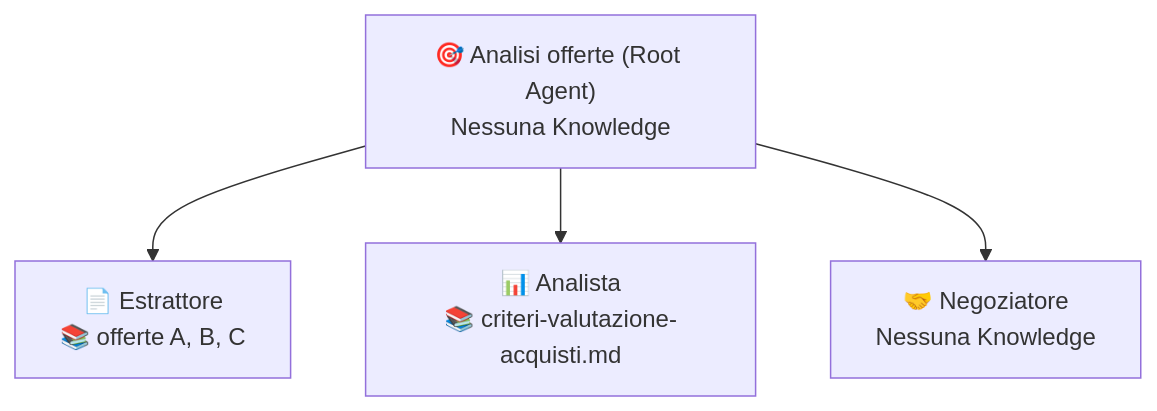
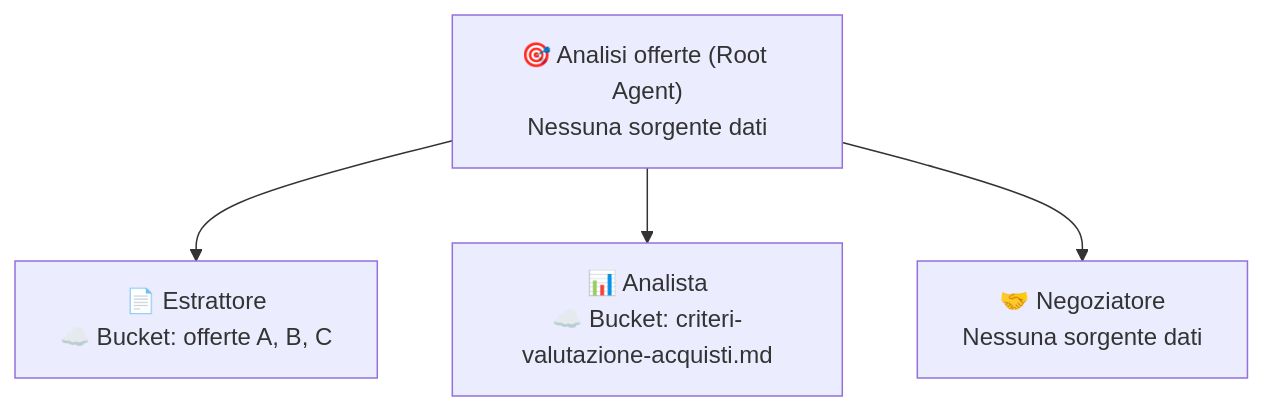
One commit to labs-ennova-research/ge-demo-brigata changed the diagram in use-cases/03-offerte-fornitori/README.md. Above: the diagram before and after it, drawn with Mermaid. The commit also changed other lines of this file and 13 other files, not shown here.

````diff
--- a/use-cases/03-offerte-fornitori/README.md
+++ b/use-cases/03-offerte-fornitori/README.md
@@ -67,6 +67,6 @@
 ```mermaid
 flowchart TD
-    R["🎯 Analisi offerte (Root Agent)\nNessuna Knowledge"] --> S1["📄 Estrattore\n📚 offerte A, B, C"]
-    R --> S2["📊 Analista\n📚 criteri-valutazione-acquisti.md"]
-    R --> S3["🤝 Negoziatore\nNessuna Knowledge"]
+    R["🎯 Analisi offerte (Root Agent)\nNessuna sorgente dati"] --> S1["📄 Estrattore\n☁️ Bucket: offerte A, B, C"]
+    R --> S2["📊 Analista\n☁️ Bucket: criteri-valutazione-acquisti.md"]
+    R --> S3["🤝 Negoziatore\nNessuna sorgente dati"]
 ```
````
